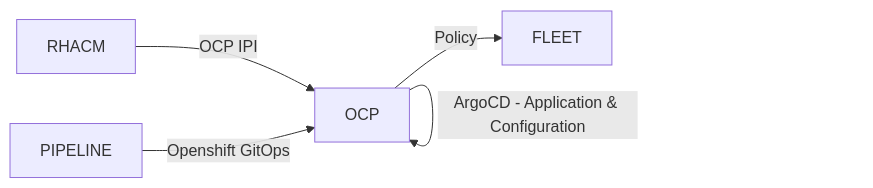
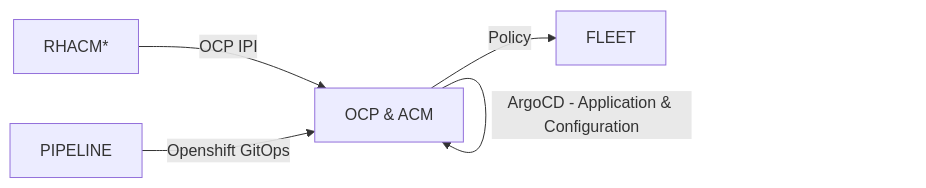
Before and after one commit to cdoan1/static-site-starter-src: the second of 2 diagrams in docs/design.md, drawn with Mermaid. The commit also changed other lines of this file, not shown here.

````diff
--- a/docs/design.md
+++ b/docs/design.md
@@ -54,7 +54,7 @@
 ```mermaid
 graph LR
-    RHACM --> |OCP IPI| OCP
+    RHACM[RHACM*] --> |OCP IPI| OCP[OCP & ACM]
     PIPELINE --> |Openshift GitOps| OCP
     OCP --> |ArgoCD - Application & Configuration| OCP
     OCP --> |Policy| FLEET
 ```
````
